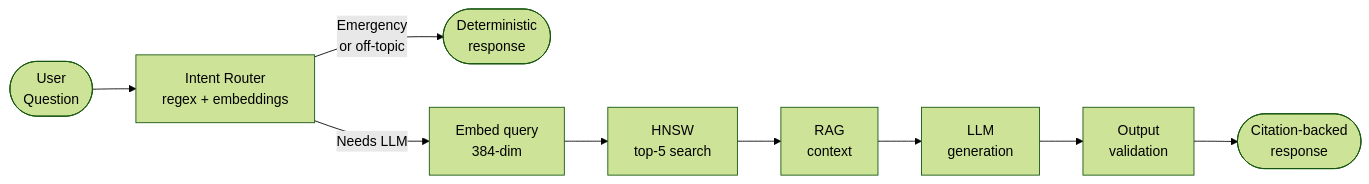
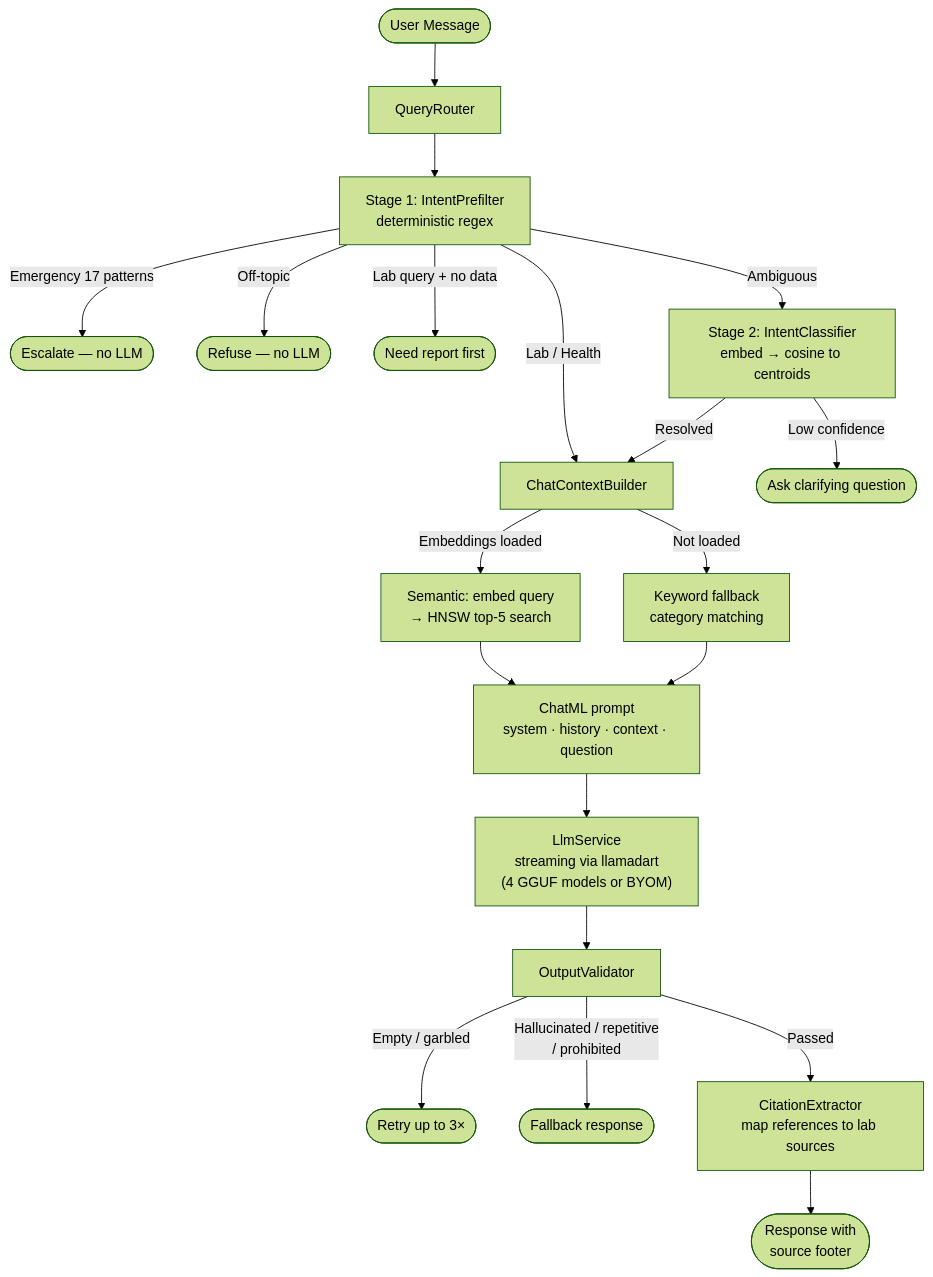
Before and after one commit to priyavratuniyal/koshika: the fourth of 4 diagrams in README.md, drawn with Mermaid (forest theme). The commit also changed other lines of this file, not shown here.

First line of the commit message:
docs(readme): add detailed service names and decision points to Mermaid diagrams

````diff
--- a/README.md
+++ b/README.md
@@ -93,11 +119,27 @@
 ```mermaid
-flowchart LR
-    A([User\nQuestion]) --> B[Intent Router\nregex + embeddings]
-    B -->|Emergency\nor off-topic| C([Deterministic\nresponse])
-    B -->|Needs LLM| D[Embed query\n384-dim]
-    D --> E[HNSW\ntop-5 search]
-    E --> F[RAG\ncontext]
-    F --> G[LLM\ngeneration]
-    G --> H[Output\nvalidation]
-    H --> I([Citation-backed\nresponse])
+flowchart TD
+    A([User Message]) --> R[QueryRouter]
+
+    R --> S1[Stage 1: IntentPrefilter\ndeterministic regex]
+    S1 -->|Emergency 17 patterns| EM([Escalate — no LLM])
+    S1 -->|Off-topic| OT([Refuse — no LLM])
+    S1 -->|Lab query + no data| NL([Need report first])
+    S1 -->|Ambiguous| S2[Stage 2: IntentClassifier\nembed → cosine to centroids]
+    S1 -->|Lab / Health| CTX
+
+    S2 -->|Low confidence| CQ([Ask clarifying question])
+    S2 -->|Resolved| CTX
+
+    CTX[ChatContextBuilder]
+    CTX -->|Embeddings loaded| SEM[Semantic: embed query\n→ HNSW top-5 search]
+    CTX -->|Not loaded| KW[Keyword fallback\ncategory matching]
+
+    SEM & KW --> P[ChatML prompt\nsystem · history · context · question]
+    P --> LLM["LlmService\nstreaming via llamadart\n(4 GGUF models or BYOM)"]
+
+    LLM --> V[OutputValidator]
+    V -->|Empty / garbled| RET([Retry up to 3×])
+    V -->|Hallucinated / repetitive\n/ prohibited| FB([Fallback response])
+    V -->|Passed| CIT[CitationExtractor\nmap references to lab sources]
+    CIT --> OUT([Response with\nsource footer])
 ```
````
